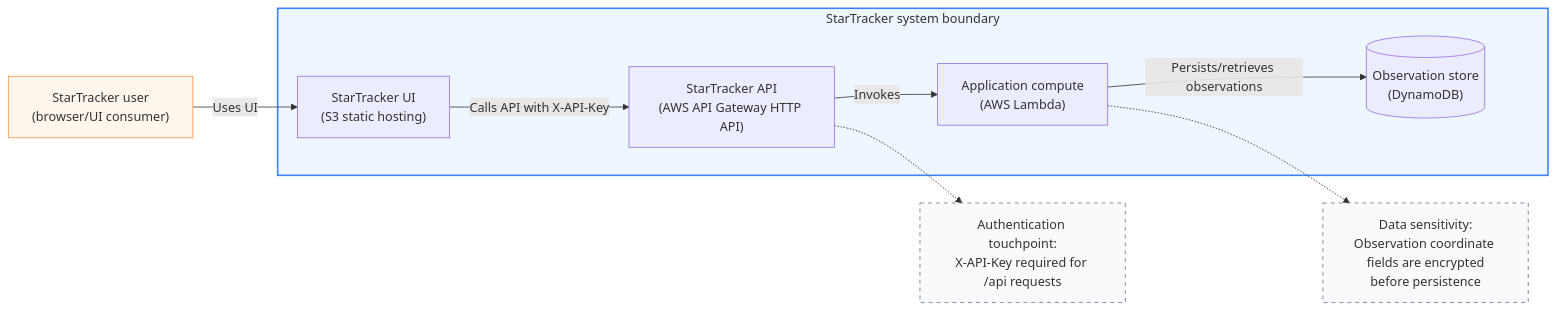
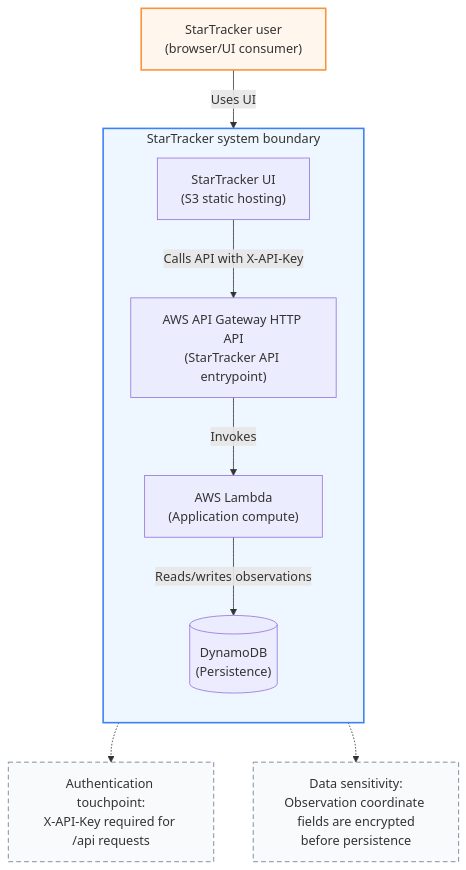
Before and after one commit to mcgheetr/StarTracker: the diagram in docs/architecture/context.mmd, drawn with Mermaid. The commit also changed 1 other file, not shown here.

Commit message:
Refine architecture diagram layout for readability

```diff
--- a/docs/architecture/context.mmd
+++ b/docs/architecture/context.mmd
@@ -1,28 +1,29 @@
-flowchart LR
+flowchart TB
     user["StarTracker user\n(browser/UI consumer)"]
 
     subgraph st["StarTracker system boundary"]
+        direction TB
         ui["StarTracker UI\n(S3 static hosting)"]
-        api["StarTracker API\n(AWS API Gateway HTTP API)"]
-        fn["Application compute\n(AWS Lambda)"]
-        db[("Observation store\n(DynamoDB)")]
+        api["AWS API Gateway HTTP API\n(StarTracker API entrypoint)"]
+        fn["AWS Lambda\n(Application compute)"]
+        db[("DynamoDB\n(Persistence)")]
     end
 
     user -->|Uses UI| ui
     ui -->|Calls API with X-API-Key| api
     api -->|Invokes| fn
-    fn -->|Persists/retrieves observations| db
+    fn -->|Reads/writes observations| db
 
     auth["Authentication touchpoint:\nX-API-Key required for /api requests"]
     sensitive["Data sensitivity:\nObservation coordinate fields are encrypted\nbefore persistence"]
 
     api -.-> auth
     fn -.-> sensitive
 
     classDef boundary fill:#eef6ff,stroke:#3b82f6,stroke-width:2px;
-    classDef external fill:#fff7ed,stroke:#fb923c,stroke-width:1px;
-    classDef note fill:#f8fafc,stroke:#64748b,stroke-dasharray: 5 5;
+    classDef actor fill:#fff7ed,stroke:#fb923c,stroke-width:2px;
+    classDef note fill:#f8fafc,stroke:#64748b,stroke-dasharray: 6 4;
 
     class st boundary;
-    class user external;
+    class user actor;
     class auth,sensitive note;
```
